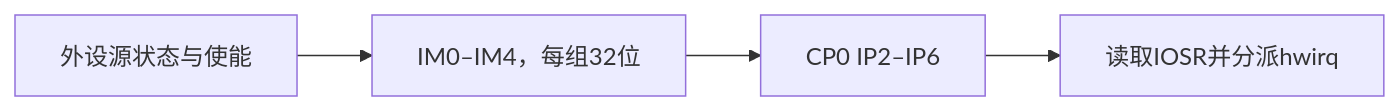
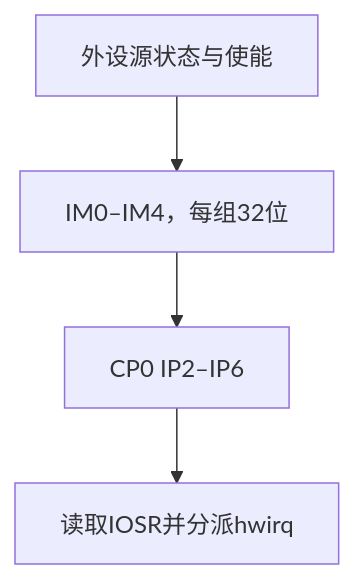
The diagram in 02_system_architecture/04_interrupt_system.md (difanz/lantiq-falcon-s-docs), drawn with Mermaid before and after one commit. The commit also changed 33 other files, not shown here.

Commit message:
Improve diagram readability and adopt the Material theme

````diff
--- a/02_system_architecture/04_interrupt_system.md
+++ b/02_system_architecture/04_interrupt_system.md
@@ -9,6 +9,6 @@
 ```mermaid
-flowchart LR
+flowchart TD
     DEV["外设源状态与使能"] --> ICU["IM0–IM4，每组32位"]
     ICU --> CP0["CP0 IP2–IP6"]
     CP0 --> DISPATCH["读取IOSR并分派hwirq"]
 ```
````
